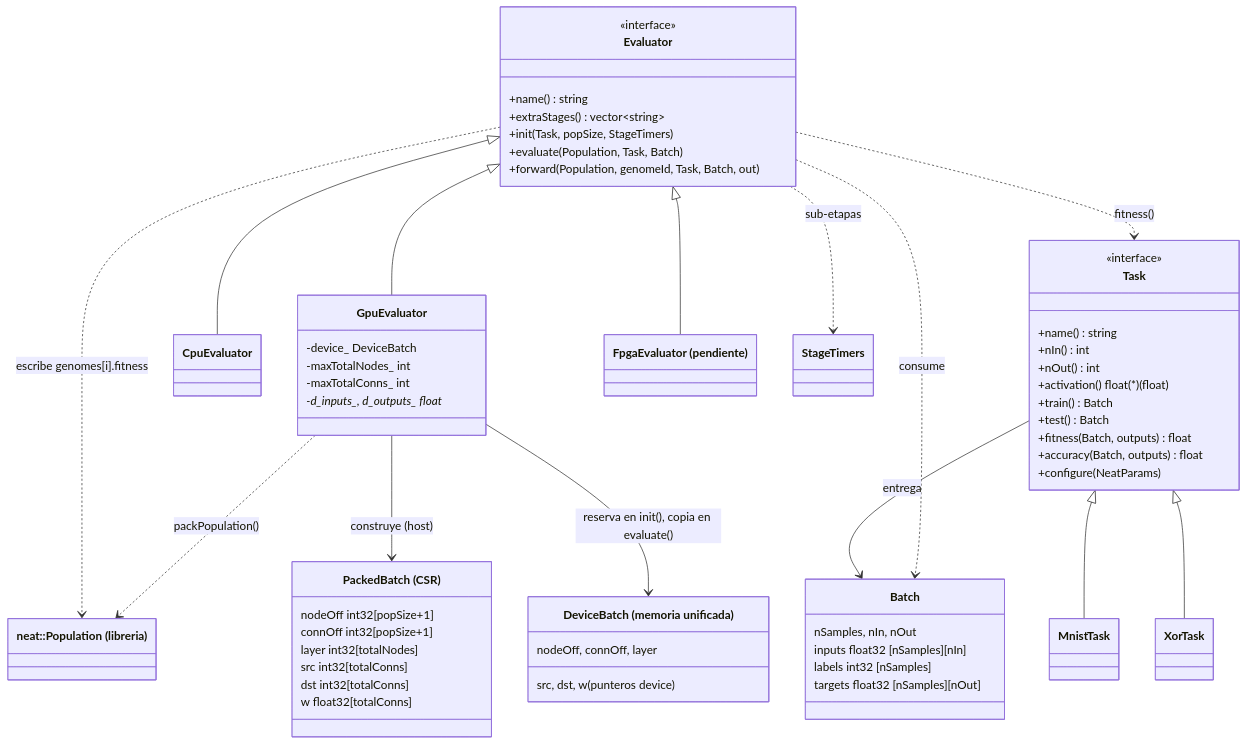
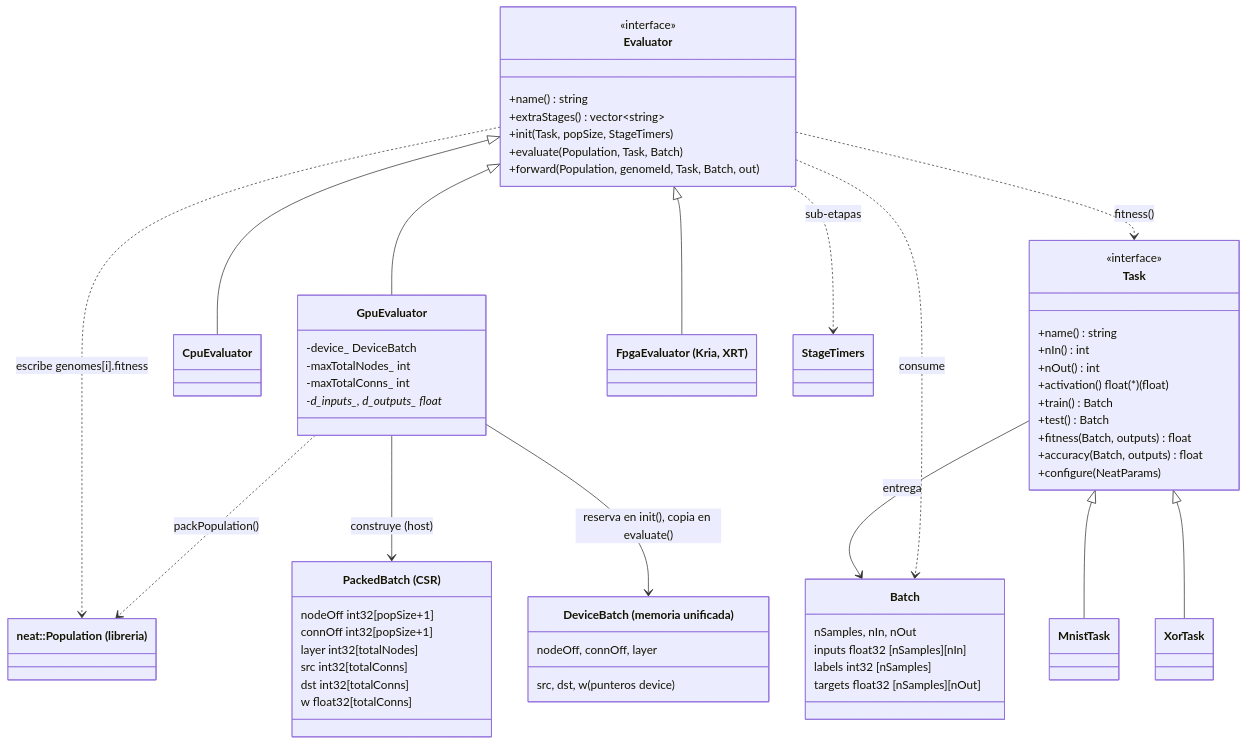
One commit to 3273B4N/ProyectoFinalHeterogeneos changed the first of 4 diagrams in neuroevo/docs/ARQUITECTURA.md. Above: the diagram before and after it, drawn with Mermaid. The commit also changed other lines of this file and 9 other files, not shown here.

````diff
--- a/neuroevo/docs/ARQUITECTURA.md
+++ b/neuroevo/docs/ARQUITECTURA.md
@@ -8,67 +8,67 @@
 ```mermaid
 classDiagram
     class Task {
         <<interface>>
         +name() string
         +nIn() int
         +nOut() int
         +activation() float(*)(float)
         +train() Batch
         +test() Batch
         +fitness(Batch, outputs) float
         +accuracy(Batch, outputs) float
         +configure(NeatParams)
     }
     class Evaluator {
         <<interface>>
         +name() string
         +extraStages() vector~string~
         +init(Task, popSize, StageTimers)
         +evaluate(Population, Task, Batch)
         +forward(Population, genomeId, Task, Batch, out)
     }
     class Batch {
         nSamples, nIn, nOut
         inputs float32 [nSamples][nIn]
         labels int32 [nSamples]
         targets float32 [nSamples][nOut]
     }
     class MnistTask
     class XorTask
     class CpuEvaluator
     class GpuEvaluator {
         -device_ DeviceBatch
         -maxTotalNodes_ int
         -maxTotalConns_ int
         -d_inputs_, d_outputs_ float*
     }
-    class FpgaEvaluator["FpgaEvaluator (pendiente)"]
+    class FpgaEvaluator["FpgaEvaluator (Kria, XRT)"]
     class StageTimers
     class Population["neat::Population (libreria)"]
     class PackedBatch["PackedBatch (CSR)"] {
         nodeOff int32[popSize+1]
         connOff int32[popSize+1]
         layer int32[totalNodes]
         src int32[totalConns]
         dst int32[totalConns]
         w float32[totalConns]
     }
     class DeviceBatch["DeviceBatch (memoria unificada)"] {
         nodeOff, connOff, layer
         src, dst, w (punteros device)
     }
 
     Task <|-- MnistTask
     Task <|-- XorTask
     Evaluator <|-- CpuEvaluator
     Evaluator <|-- GpuEvaluator
     Evaluator <|-- FpgaEvaluator
     Task --> Batch : entrega
     Evaluator ..> Batch : consume
     Evaluator ..> Task : fitness()
     Evaluator ..> Population : escribe genomes[i].fitness
     Evaluator ..> StageTimers : sub-etapas
     GpuEvaluator ..> Population : packPopulation()
     GpuEvaluator --> PackedBatch : construye (host)
     GpuEvaluator --> DeviceBatch : reserva en init(), copia en evaluate()
 ```
````
